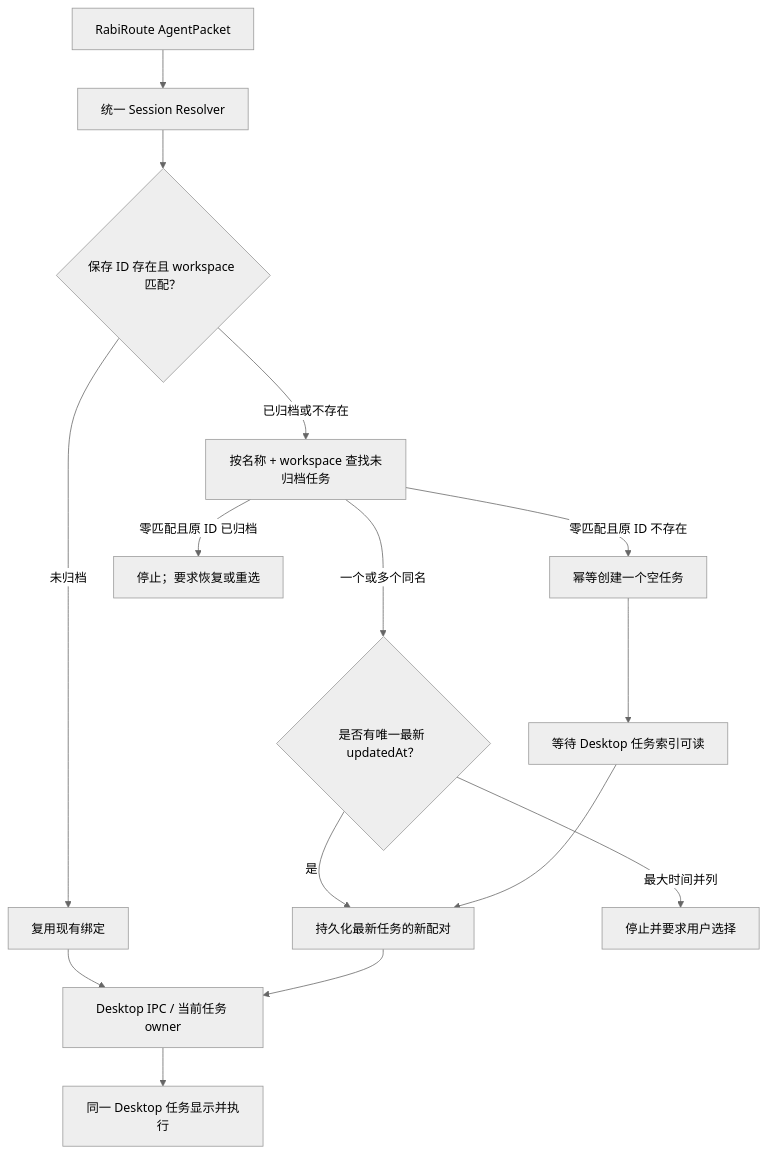
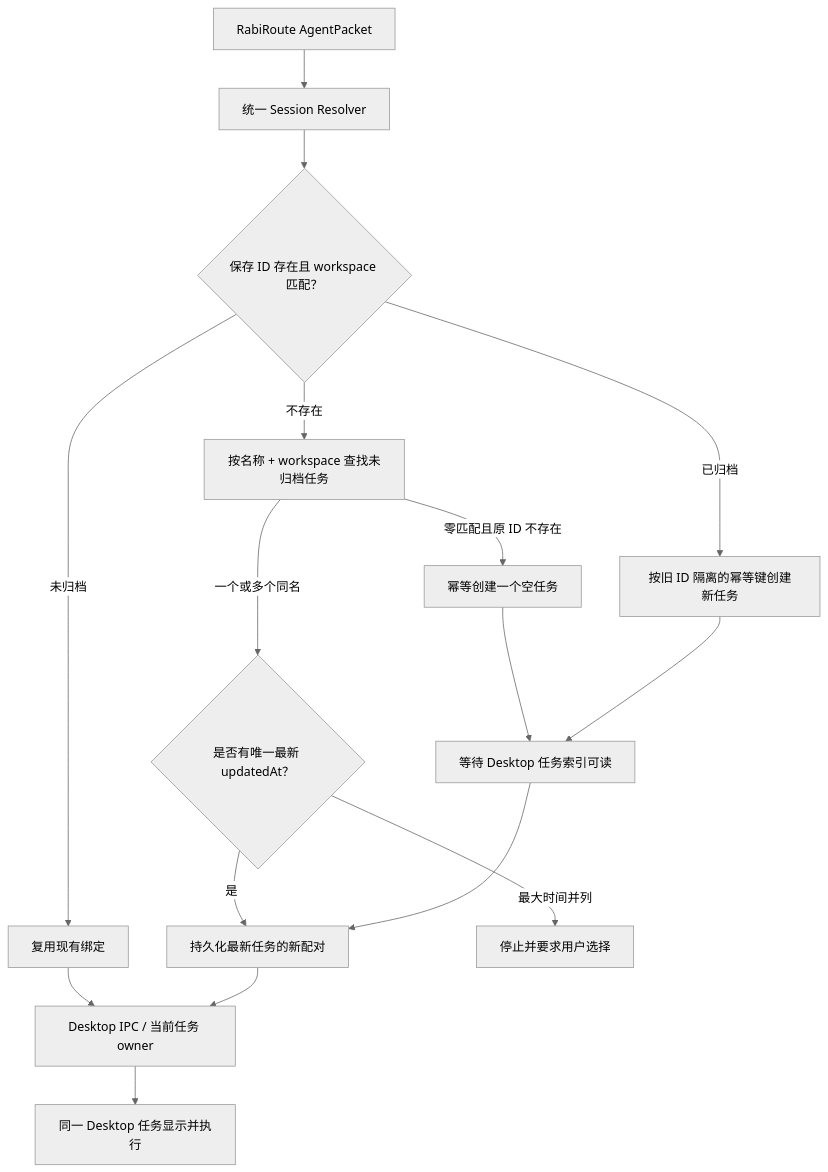
Before and after one commit to vb2250158/RabiRoute: the diagram in docs/codex-desktop-agent-acceptance.md, drawn with Mermaid (neutral theme). The commit also changed other lines of this file and 229 other files, not shown here.

````diff
--- a/docs/codex-desktop-agent-acceptance.md
+++ b/docs/codex-desktop-agent-acceptance.md
@@ -37,17 +37,18 @@
 ```mermaid
 flowchart TD
     R["RabiRoute AgentPacket"] --> S["统一 Session Resolver"]
     S --> V{"保存 ID 存在且 workspace 匹配？"}
     V -->|"未归档"| B["复用现有绑定"]
-    V -->|"已归档或不存在"| L["按名称 + workspace 查找未归档任务"]
+    V -->|"已归档"| C2["按旧 ID 隔离的幂等键创建新任务"]
+    V -->|"不存在"| L["按名称 + workspace 查找未归档任务"]
     L -->|"一个或多个同名"| N{"是否有唯一最新 updatedAt？"}
     L -->|"零匹配且原 ID 不存在"| C["幂等创建一个空任务"]
-    L -->|"零匹配且原 ID 已归档"| E["停止；要求恢复或重选"]
     N -->|"是"| P["持久化最新任务的新配对"]
     N -->|"最大时间并列"| A["停止并要求用户选择"]
     C --> W["等待 Desktop 任务索引可读"]
+    C2 --> W
     W --> P
     B --> D["Desktop IPC / 当前任务 owner"]
     P --> D
     D --> T["同一 Desktop 任务显示并执行"]
 ```
````
